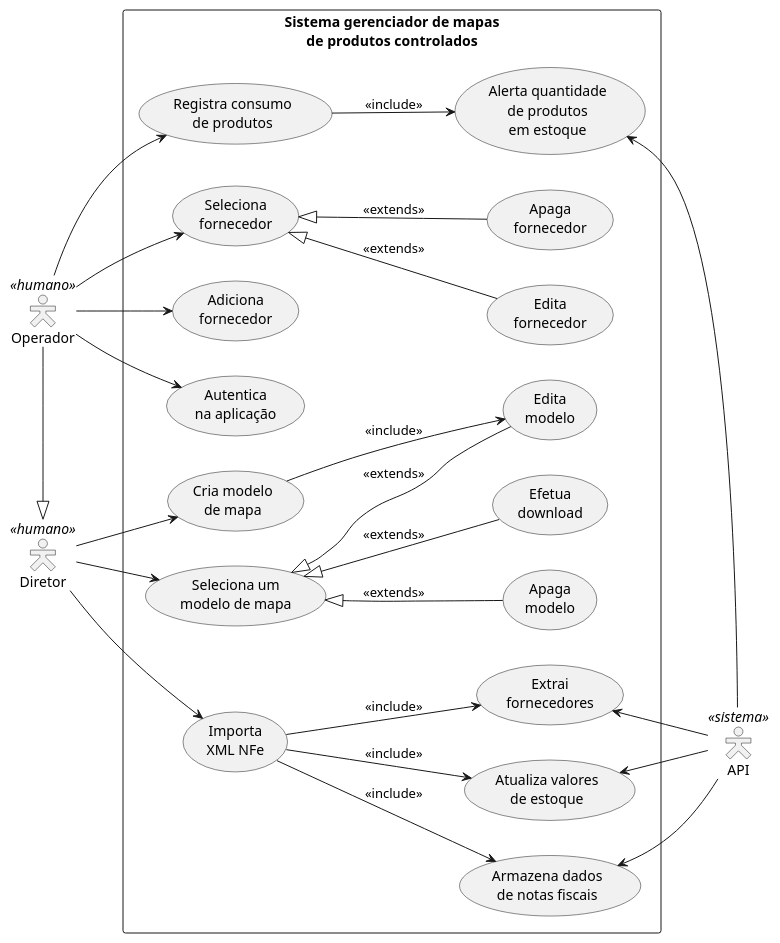
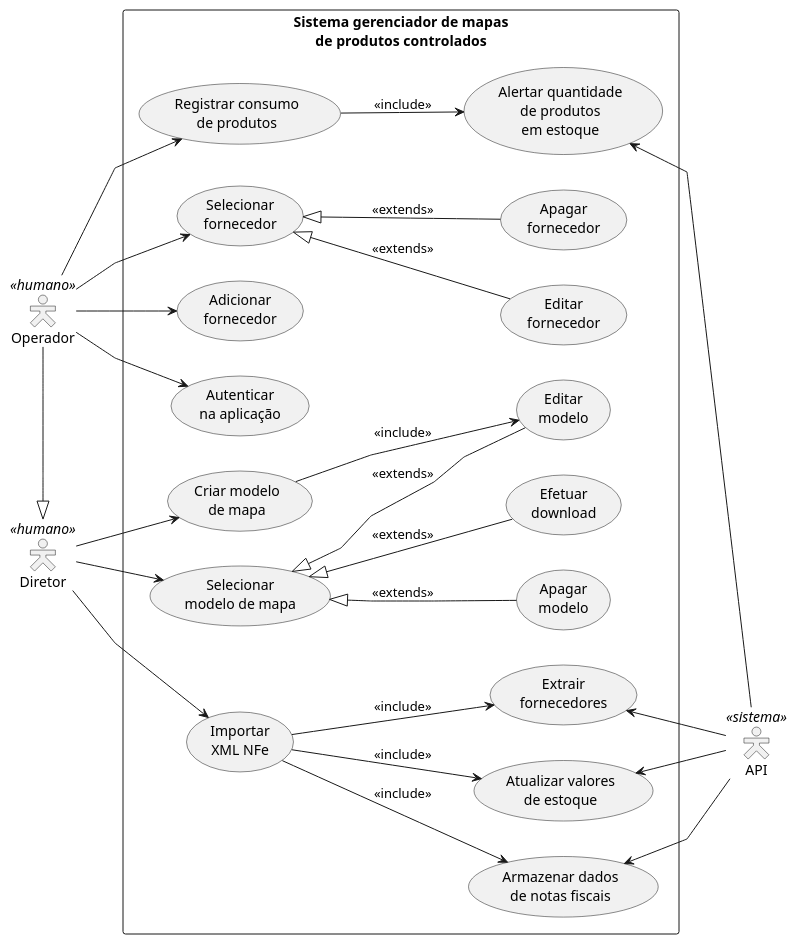
The diagram in controlled_map_generator_use_case_diagram.plantuml (fatec-newpath/mapa-produtos-controlados), drawn with PlantUML before and after one commit. The commit also changed 3 other files, not shown here.

Commit message:
finish all diagrams

```diff
--- a/controlled_map_generator_use_case_diagram.plantuml
+++ b/controlled_map_generator_use_case_diagram.plantuml
@@ -1,60 +1,61 @@
 @startuml controlled_map_generator_use_case_diagram
 left to right direction
 skinparam packageStyle rect
 skinparam actorStyle hollow
+skinparam linetype polyline
 
 actor Diretor <<humano>>
 actor Operador <<humano>>
 actor API <<sistema>>
 
 Diretor <|-left- Operador
 
 package "Sistema gerenciador de mapas\nde produtos controlados" {
-    usecase "Cria modelo\nde mapa" as UC1
-    usecase "Edita\nmodelo" as UC2
-    usecase "Apaga\nmodelo" as UC3
-    usecase "Seleciona um\nmodelo de mapa" as UC4
-    usecase "Efetua\ndownload" as UC5
-    usecase "Armazena dados\nde notas fiscais" as UC7
-    usecase "Atualiza valores\nde estoque" as UC8
-    usecase "Extrai\nfornecedores" as UC9
-    usecase "Importa\nXML NFe" as UC10
-    usecase "Registra consumo\nde produtos" as UC11
-    usecase "Edita\nfornecedor" as UC12
-    usecase "Apaga\nfornecedor" as UC13
-    usecase "Seleciona\nfornecedor" as UC14
-    usecase "Adiciona\nfornecedor" as UC15
-    usecase "Autentica\nna aplicação" as UC16
-    usecase "Alerta quantidade\nde produtos\nem estoque" as UC17
+    usecase "Criar modelo\nde mapa" as UC1
+    usecase "Editar\nmodelo" as UC2
+    usecase "Apagar\nmodelo" as UC3
+    usecase "Selecionar\nmodelo de mapa" as UC4
+    usecase "Efetuar\ndownload" as UC5
+    usecase "Armazenar dados\nde notas fiscais" as UC7
+    usecase "Atualizar valores\nde estoque" as UC8
+    usecase "Extrair\nfornecedores" as UC9
+    usecase "Importar\nXML NFe" as UC10
+    usecase "Registrar consumo\nde produtos" as UC11
+    usecase "Editar\nfornecedor" as UC12
+    usecase "Apagar\nfornecedor" as UC13
+    usecase "Selecionar\nfornecedor" as UC14
+    usecase "Adicionar\nfornecedor" as UC15
+    usecase "Autenticar\nna aplicação" as UC16
+    usecase "Alertar quantidade\nde produtos\nem estoque" as UC17
 }
 
 Diretor --> UC1
 Diretor --> UC4
 Diretor --> UC10
 
 UC4 <|-- UC2 : <<extends>>
 UC4 <|-- UC3 : <<extends>>
 UC4 <|-- UC5 : <<extends>>
 
 UC1 --> UC2 : <<include>>
 
 UC10 --> UC7 : <<include>>
 UC10 --> UC8 : <<include>>
 UC10 --> UC9 : <<include>>
 
 Operador --> UC11
 Operador --> UC14
 Operador --> UC15
 Operador --> UC16
 
 UC11 --> UC17 : <<include>>
 
 UC14 <|-- UC12 : <<extends>>
 UC14 <|-- UC13 : <<extends>>
 
 API -up-> UC7
 API -up-> UC8
 API -up-> UC9
 API -up-> UC17
 
 @enduml
```
